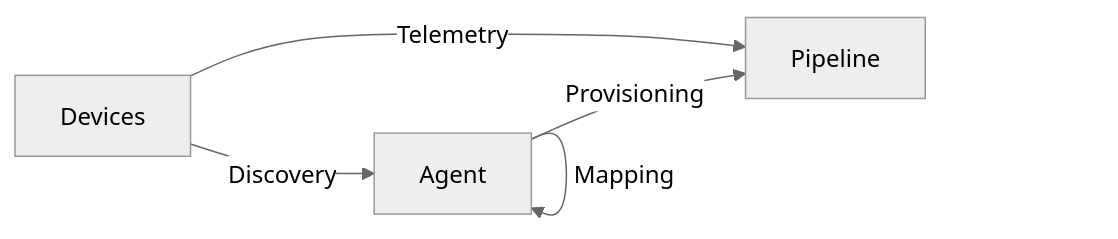
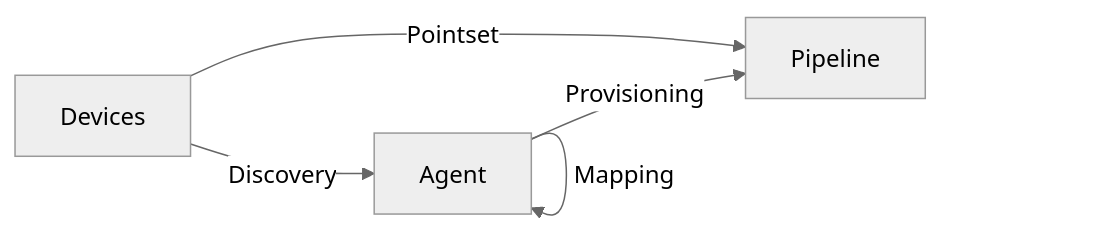
The first of 2 diagrams in docs/specs/onboarding.md (faucetsdn/udmi), drawn with Mermaid (neutral theme) before and after one commit. The commit also changed other lines of this file, not shown here.

Commit message:
Updating pointset in docs

````diff
--- a/docs/specs/onboarding.md
+++ b/docs/specs/onboarding.md
@@ -25,10 +27,10 @@
 ```mermaid
 flowchart LR
   D[Devices]
   A[Agent]
   P[Pipeline]
-  D -- Telemetry --> P
+  D -- Pointset --> P
   D -- Discovery --> A
   A -- Provisioning --> P
   A -- Mapping --> A
 ```
````
